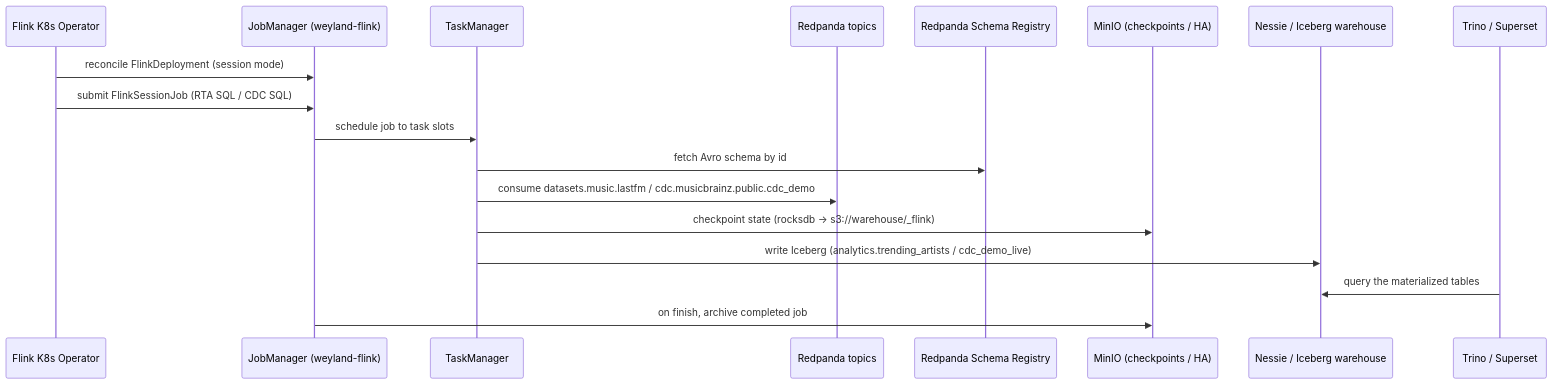
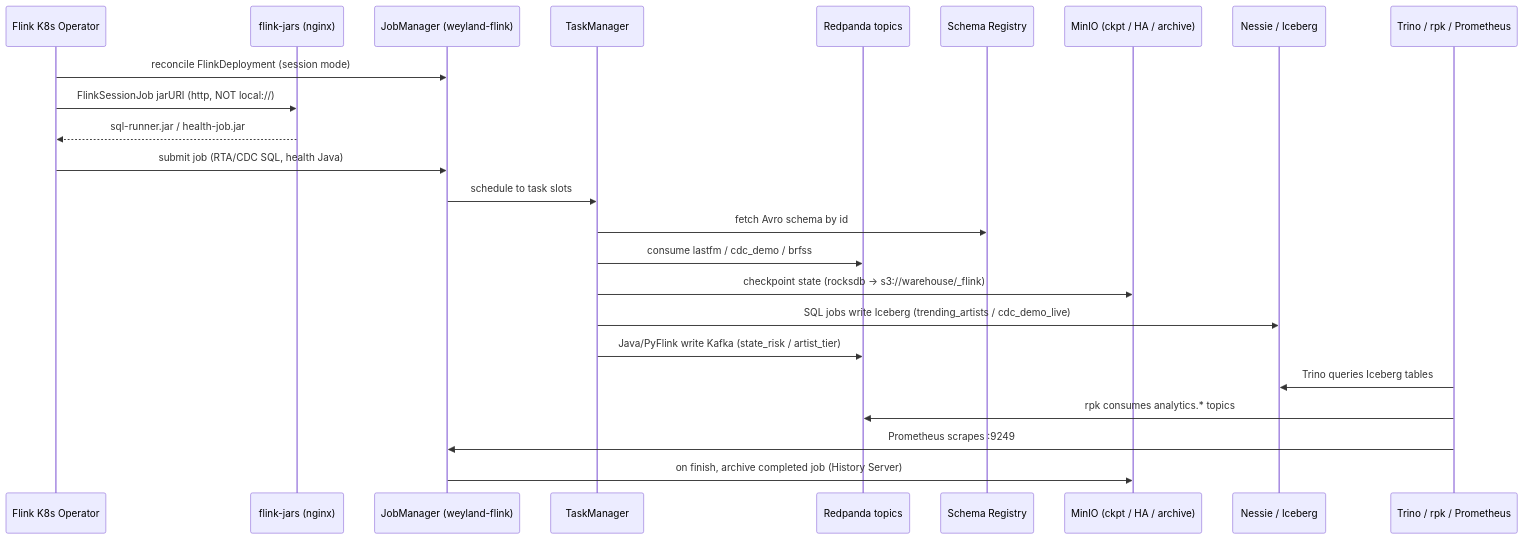
Before and after one commit to edtbl76/weyland-lab: the diagram in docs/demos/flink.md, drawn with Mermaid. The commit also changed other lines of this file and 3 other files, not shown here.

Commit message:
Add Flink runbook covering session cluster, job submission, observability, and troubleshooting; include metrics ServiceMonitor and jar server configuration.

````diff
--- a/docs/demos/flink.md
+++ b/docs/demos/flink.md
@@ -17,21 +29,27 @@
 ```mermaid
 sequenceDiagram
     participant OP as Flink K8s Operator
+    participant JAR as flink-jars (nginx)
     participant JM as JobManager (weyland-flink)
     participant TM as TaskManager
     participant RP as Redpanda topics
-    participant SR as Redpanda Schema Registry
-    participant MIN as MinIO (checkpoints / HA)
-    participant NES as Nessie / Iceberg warehouse
-    participant TR as Trino / Superset
+    participant SR as Schema Registry
+    participant MIN as MinIO (ckpt / HA / archive)
+    participant NES as Nessie / Iceberg
+    participant OUT as Trino / rpk / Prometheus
 
     OP->>JM: reconcile FlinkDeployment (session mode)
-    OP->>JM: submit FlinkSessionJob (RTA SQL / CDC SQL)
-    JM->>TM: schedule job to task slots
+    OP->>JAR: FlinkSessionJob jarURI (http, NOT local://)
+    JAR-->>OP: sql-runner.jar / health-job.jar
+    OP->>JM: submit job (RTA/CDC SQL, health Java)
+    JM->>TM: schedule to task slots
     TM->>SR: fetch Avro schema by id
-    TM->>RP: consume datasets.music.lastfm / cdc.musicbrainz.public.cdc_demo
+    TM->>RP: consume lastfm / cdc_demo / brfss
     TM->>MIN: checkpoint state (rocksdb -> s3://warehouse/_flink)
-    TM->>NES: write Iceberg (analytics.trending_artists / cdc_demo_live)
-    TR->>NES: query the materialized tables
-    JM->>MIN: on finish, archive completed job
+    TM->>NES: SQL jobs write Iceberg (trending_artists / cdc_demo_live)
+    TM->>RP: Java/PyFlink write Kafka (state_risk / artist_tier)
+    OUT->>NES: Trino queries Iceberg tables
+    OUT->>RP: rpk consumes analytics.* topics
+    OUT->>JM: Prometheus scrapes :9249
+    JM->>MIN: on finish, archive completed job (History Server)
 ```
````
